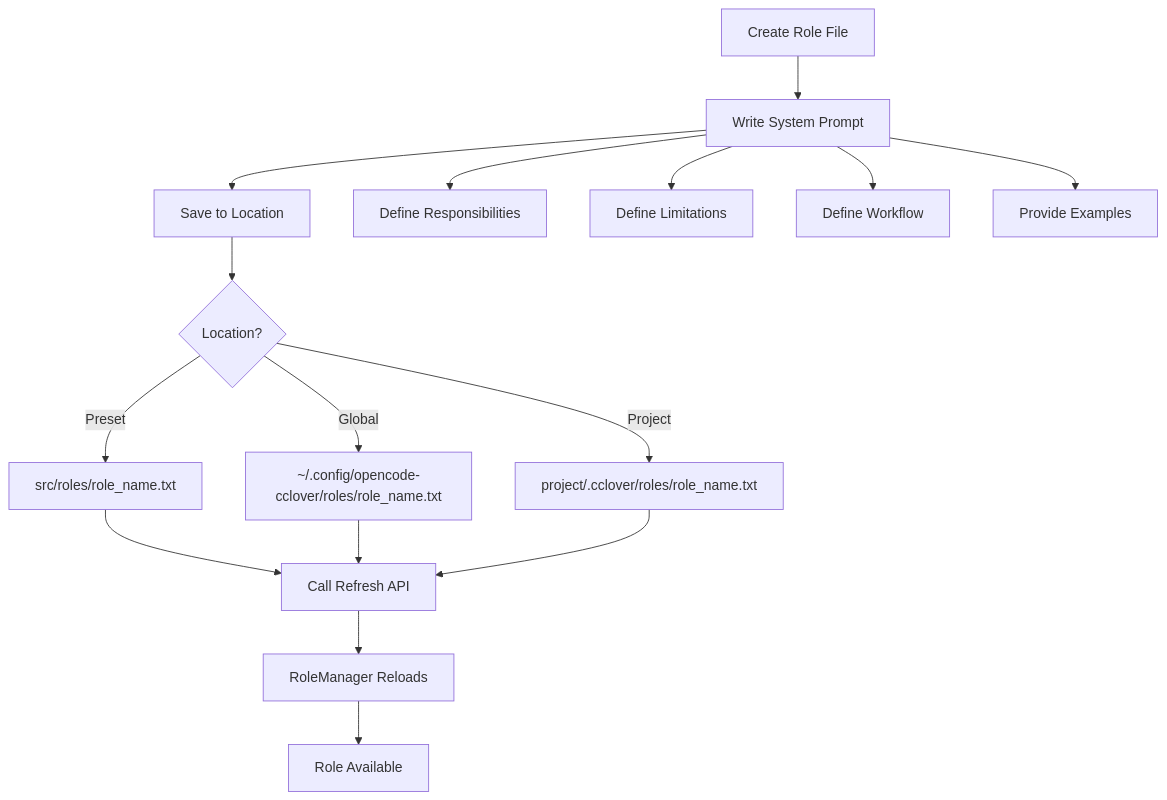
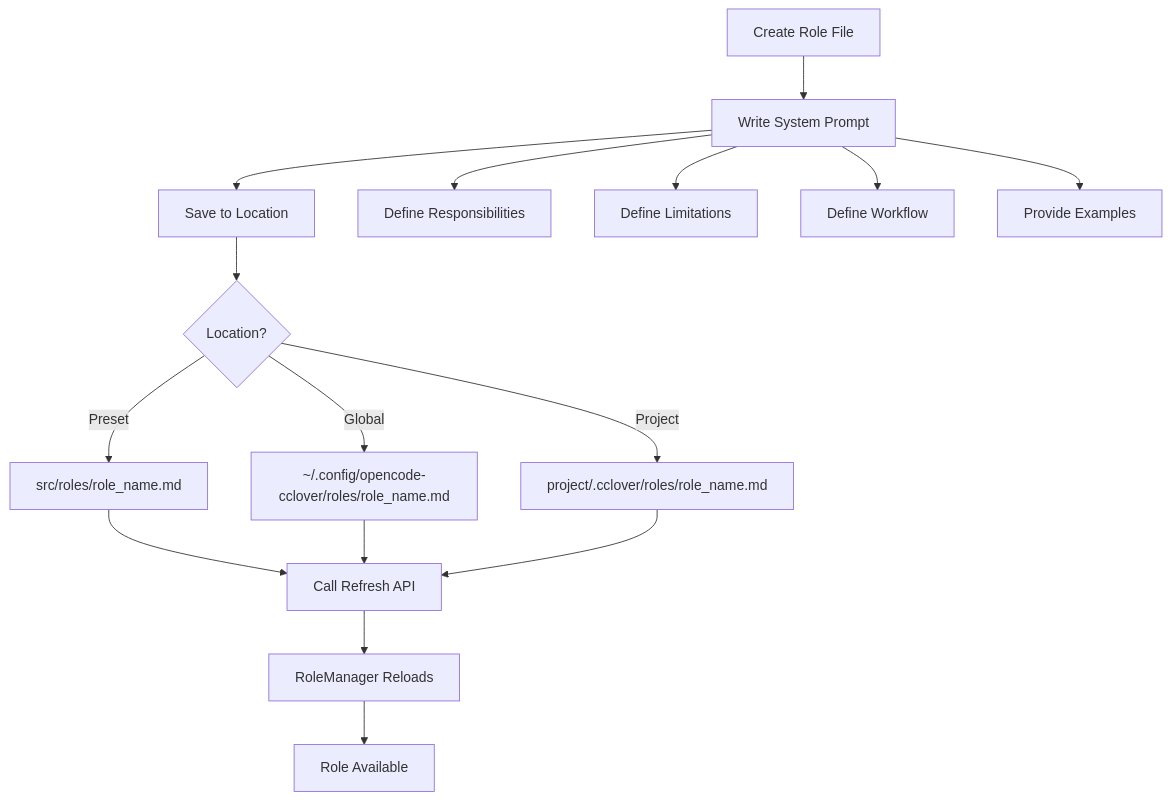
The second of 2 diagrams in docs/design-roles.md (fkxxyz/opencode-cclover), drawn with Mermaid before and after one commit. The commit also changed other lines of this file and 6 other files, not shown here.

Commit message:
refactor: change role file format from .txt to .md

````diff
--- a/docs/design-roles.md
+++ b/docs/design-roles.md
@@ -275,19 +275,19 @@
 ```mermaid
 graph TD
     A[Create Role File] --> B[Write System Prompt]
     B --> C[Save to Location]
     C --> D{Location?}
-    D -->|Preset| E[src/roles/role_name.txt]
-    D -->|Global| F[~/.config/opencode-cclover/roles/role_name.txt]
-    D -->|Project| G[project/.cclover/roles/role_name.txt]
+    D -->|Preset| E[src/roles/role_name.md]
+    D -->|Global| F[~/.config/opencode-cclover/roles/role_name.md]
+    D -->|Project| G[project/.cclover/roles/role_name.md]
     E --> H[Call Refresh API]
     F --> H
     G --> H
     H --> I[RoleManager Reloads]
     I --> J[Role Available]
     
     B --> K[Define Responsibilities]
     B --> L[Define Limitations]
     B --> M[Define Workflow]
     B --> N[Provide Examples]
 ```
````
